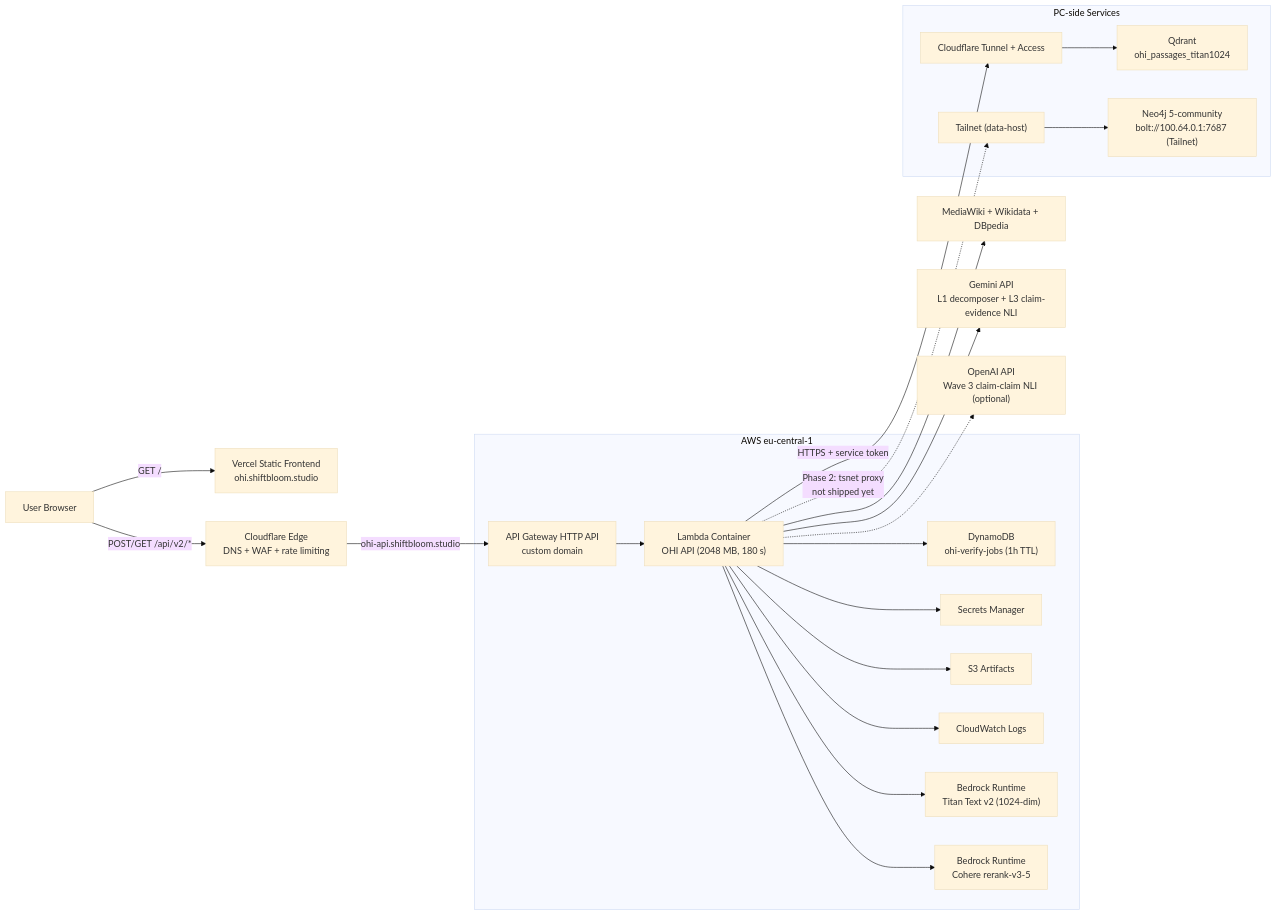
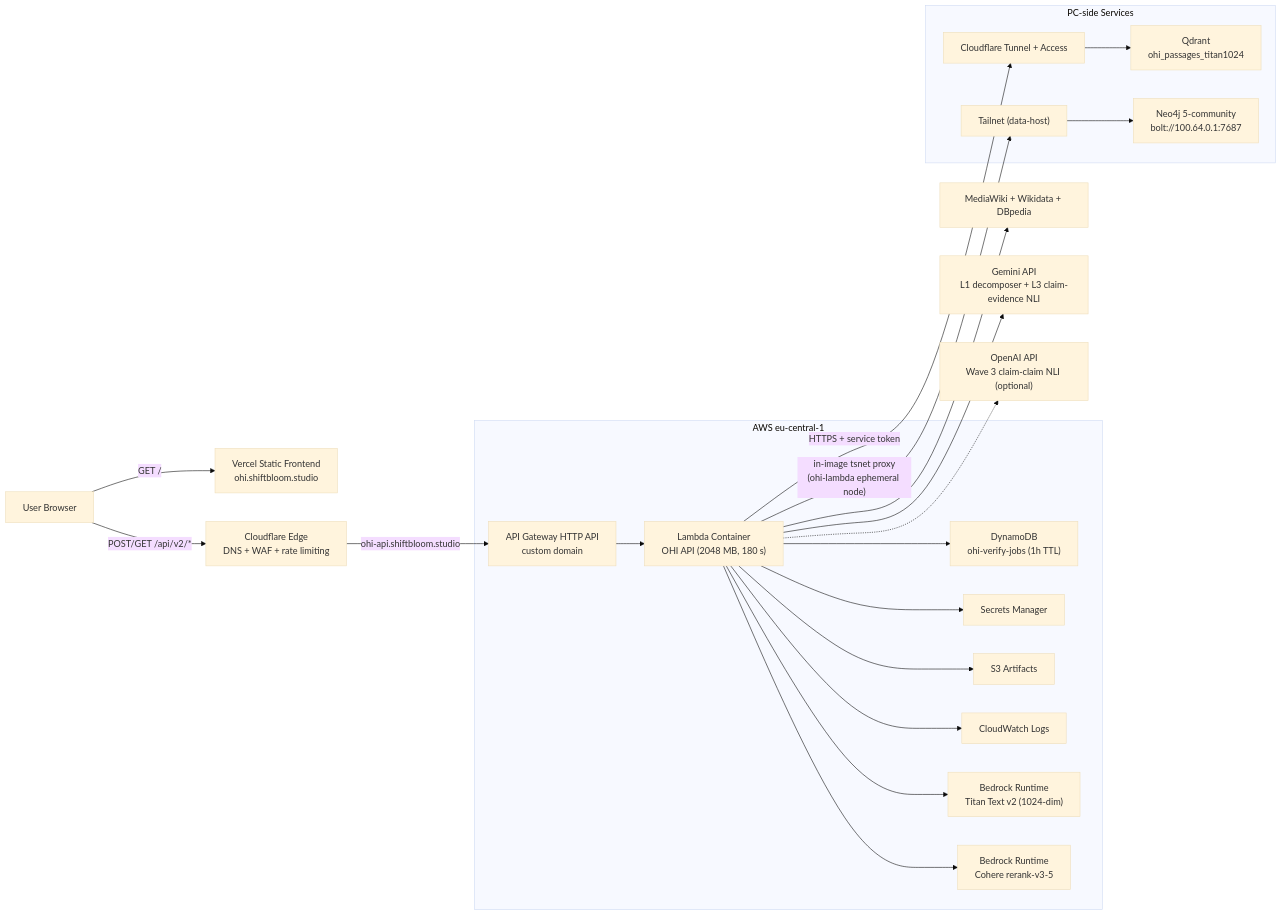
Before and after one commit to shiftbloom-studio/open-hallucination-index: the first of 3 diagrams in docs/CURRENT_ARCHITECTURE.md, drawn with Mermaid (base theme). The commit also changed other lines of this file, not shown here.

First line of the commit message:
docs(arch): Neo4j Phase 2 shipped — Lambda on Tailnet via tsnet proxy

````diff
--- a/docs/CURRENT_ARCHITECTURE.md
+++ b/docs/CURRENT_ARCHITECTURE.md
@@ -37,50 +44,50 @@
 ```mermaid
 flowchart LR
     user["User Browser"]
     site["Vercel Static Frontend\nohi.shiftbloom.studio"]
     edge["Cloudflare Edge\nDNS + WAF + rate limiting"]
 
     subgraph aws["AWS eu-central-1"]
         apigw["API Gateway HTTP API\ncustom domain"]
         lambda["Lambda Container\nOHI API (2048 MB, 180 s)"]
         ddb["DynamoDB\nohi-verify-jobs (1h TTL)"]
         sm["Secrets Manager"]
         s3["S3 Artifacts"]
         logs["CloudWatch Logs"]
         br_embed["Bedrock Runtime\nTitan Text v2 (1024-dim)"]
         br_rerank["Bedrock Runtime\nCohere rerank-v3-5"]
     end
 
     subgraph pc["PC-side Services"]
         cfaccess["Cloudflare Tunnel + Access"]
         qdrant["Qdrant\nohi_passages_titan1024"]
-        neo4j_pc["Neo4j 5-community\nbolt://100.64.0.1:7687 (Tailnet)"]
+        neo4j_pc["Neo4j 5-community\nbolt://100.64.0.1:7687"]
         tailnet["Tailnet (data-host)"]
     end
 
     wiki["MediaWiki + Wikidata + DBpedia"]
     gemini["Gemini API\nL1 decomposer + L3 claim-evidence NLI"]
     openai["OpenAI API\nWave 3 claim-claim NLI (optional)"]
 
     user -->|"GET /"| site
     user -->|"POST/GET /api/v2/*"| edge
     edge -->|"ohi-api.shiftbloom.studio"| apigw
     apigw --> lambda
 
     lambda --> ddb
     lambda --> sm
     lambda --> s3
     lambda --> logs
     lambda --> br_embed
     lambda --> br_rerank
 
     lambda --> wiki
     lambda --> gemini
     lambda -.-> openai
 
     lambda -->|"HTTPS + service token"| cfaccess
     cfaccess --> qdrant
 
-    lambda -.->|"Phase 2: tsnet proxy\nnot shipped yet"| tailnet
+    lambda -->|"in-image tsnet proxy\n(ohi-lambda ephemeral node)"| tailnet
     tailnet --> neo4j_pc
 ```
````
